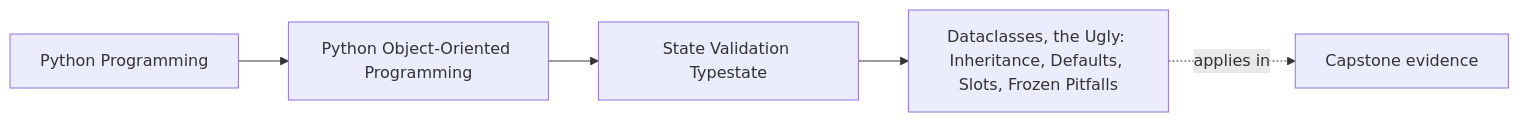
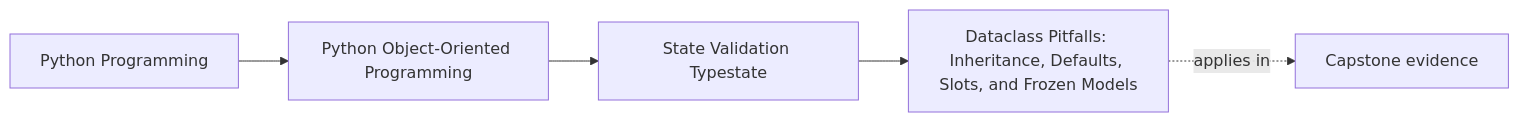
The first of 2 diagrams in programs/python-programming/python-object-oriented-programming/course-book/module-03-state-validation-typestate/dataclass-inheritance-defaults-slots-and-frozen-pitfalls.md (bijux/bijux-masterclass), drawn with Mermaid before and after one commit. The commit also changed other lines of this file, not shown here.

Commit message:
docs(oop): teach the real dataclass failure modes

````diff
--- a/programs/python-programming/python-object-oriented-programming/course-book/module-03-state-validation-typestate/dataclass-inheritance-defaults-slots-and-frozen-pitfalls.md
+++ b/programs/python-programming/python-object-oriented-programming/course-book/module-03-state-validation-typestate/dataclass-inheritance-defaults-slots-and-frozen-pitfalls.md
@@ -7,11 +6,11 @@
 ```mermaid
 graph LR
   family["Python Programming"]
   program["Python Object-Oriented Programming"]
   section["State Validation Typestate"]
-  page["Dataclasses, the Ugly: Inheritance, Defaults, Slots, Frozen Pitfalls"]
+  page["Dataclass Pitfalls: Inheritance, Defaults, Slots, and Frozen Models"]
   capstone["Capstone evidence"]
 
   family --> program --> section --> page
   page -.applies in.-> capstone
 ```
````
